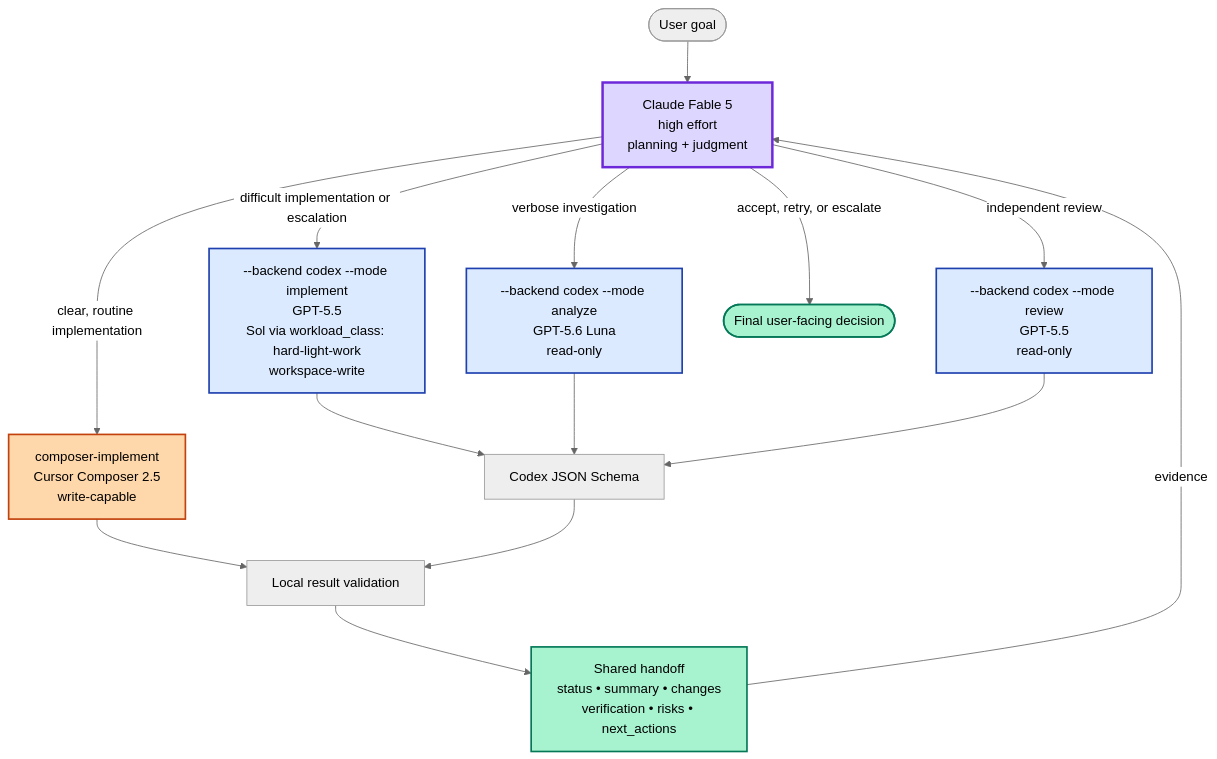
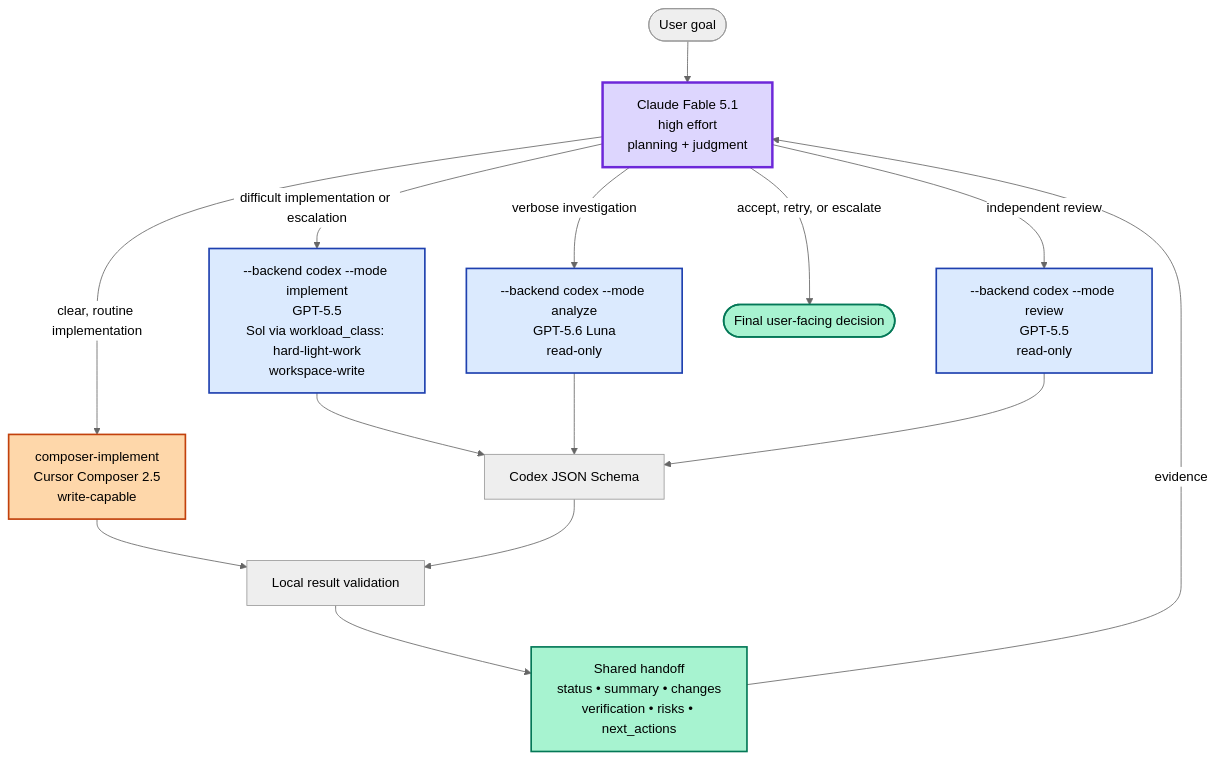
Before and after one commit to andysolomon/arc-orchestrator: the first of 4 diagrams in docs/diagrams/mermaid.md, drawn with Mermaid (neutral theme). The commit also changed other lines of this file and 34 other files, not shown here.

````diff
--- a/docs/diagrams/mermaid.md
+++ b/docs/diagrams/mermaid.md
@@ -5,28 +5,28 @@
 ```mermaid
 flowchart TB
-    User([User goal]) --> Fable["Claude Fable 5<br/>high effort<br/>planning + judgment"]
+    User([User goal]) --> Fable["Claude Fable 5.1<br/>high effort<br/>planning + judgment"]
 
     Fable -->|clear, routine implementation| Composer["composer-implement<br/>Cursor Composer 2.5<br/>write-capable"]
     Fable -->|difficult implementation or escalation| CodexImpl["--backend codex --mode implement<br/>GPT-5.5<br/>Sol via workload_class: hard-light-work<br/>workspace-write"]
     Fable -->|verbose investigation| Explore["--backend codex --mode analyze<br/>GPT-5.6 Luna<br/>read-only"]
     Fable -->|independent review| Check["--backend codex --mode review<br/>GPT-5.5<br/>read-only"]
 
     Composer --> Normalize["Local result validation"]
     CodexImpl --> Schema["Codex JSON Schema"]
     Explore --> Schema
     Check --> Schema
     Schema --> Normalize
 
     Normalize --> Handoff["Shared handoff<br/>status • summary • changes<br/>verification • risks • next_actions"]
     Handoff -->|evidence| Fable
     Fable -->|accept, retry, or escalate| Result([Final user-facing decision])
 
     classDef planner fill:#ddd6fe,stroke:#6d28d9,stroke-width:3px;
     classDef composer fill:#fed7aa,stroke:#c2410c,stroke-width:2px;
     classDef codex fill:#dbeafe,stroke:#1e40af,stroke-width:2px;
     classDef evidence fill:#a7f3d0,stroke:#047857,stroke-width:2px;
     class Fable planner;
     class Composer composer;
     class CodexImpl,Explore,Check codex;
     class Handoff,Result evidence;
 ```
````
